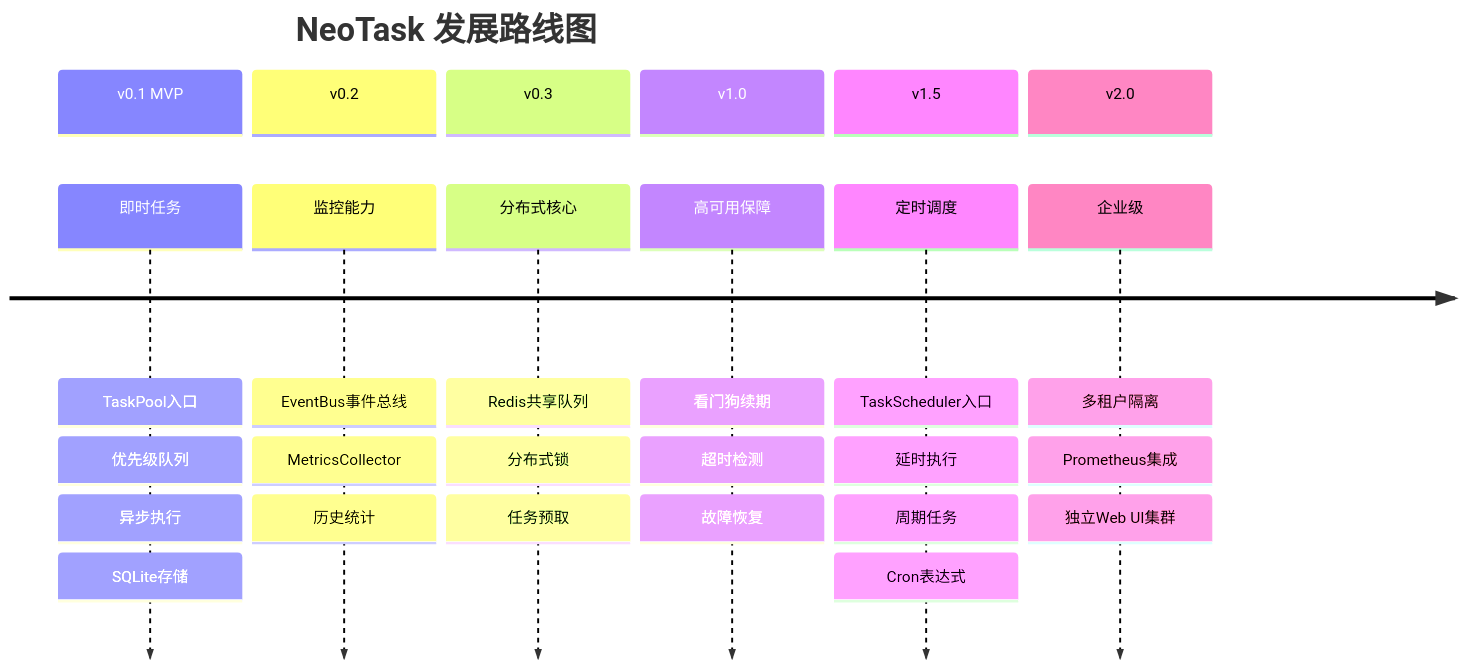
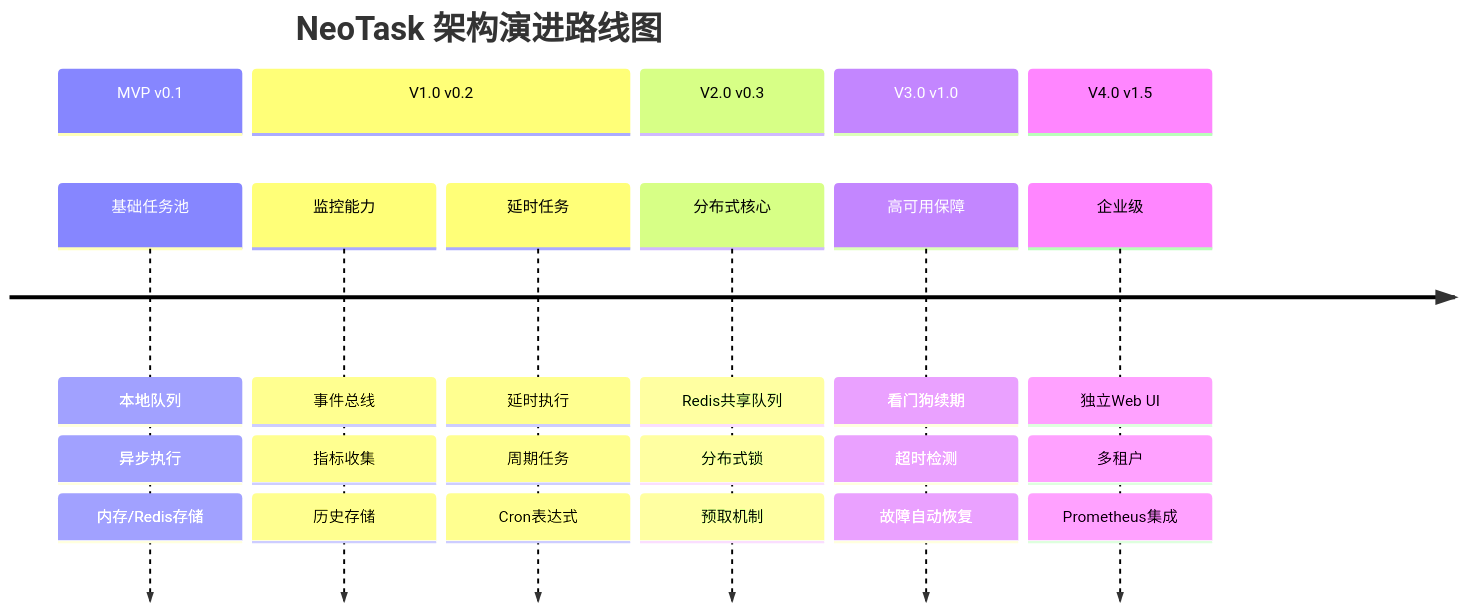
The second of 2 diagrams in README.md (neopen/neotask), drawn with Mermaid before and after one commit. The commit also changed other lines of this file and 2 other files, not shown here.

````diff
--- a/README.md
+++ b/README.md
@@ -449,36 +93,32 @@
 ```mermaid
 timeline
-    title NeoTask 发展路线图
+    title NeoTask 架构演进路线图
     
-    section v0.1 MVP
-        即时任务 : TaskPool入口
-                 : 优先级队列
-                 : 异步执行
-                 : SQLite存储
-                 
-    section v0.2
-        监控能力 : EventBus事件总线
-                 : MetricsCollector
-                 : 历史统计
-                 
-    section v0.3
-        分布式核心 : Redis共享队列
-                   : 分布式锁
-                   : 任务预取
+    section MVP v0.1
+        基础任务池 : 本地队列
+                   : 异步执行
+                   : 内存/Redis存储
                    
-    section v1.0
-        高可用保障 : 看门狗续期
-                   : 超时检测
-                   : 故障恢复
-
-    section v1.5
-        定时调度 : TaskScheduler入口
-                 : 延时执行
+    section V1.0 v0.2
+        监控能力 : 事件总线
+                 : 指标收集
+                 : 历史存储
+        延时任务 : 延时执行
                  : 周期任务
                  : Cron表达式
                  
-    section v2.0
-        企业级 : 多租户隔离
+    section V2.0 v0.3
+        分布式核心 : Redis共享队列
+                   : 分布式锁
+                   : 预取机制
+                   
+    section V3.0 v1.0
+        高可用保障 : 看门狗续期
+                   : 超时检测
+                   : 故障自动恢复
+
+    section V4.0 v1.5
+        企业级 : 独立Web UI
+               : 多租户
                : Prometheus集成
-               : 独立Web UI集群
 ```
````
